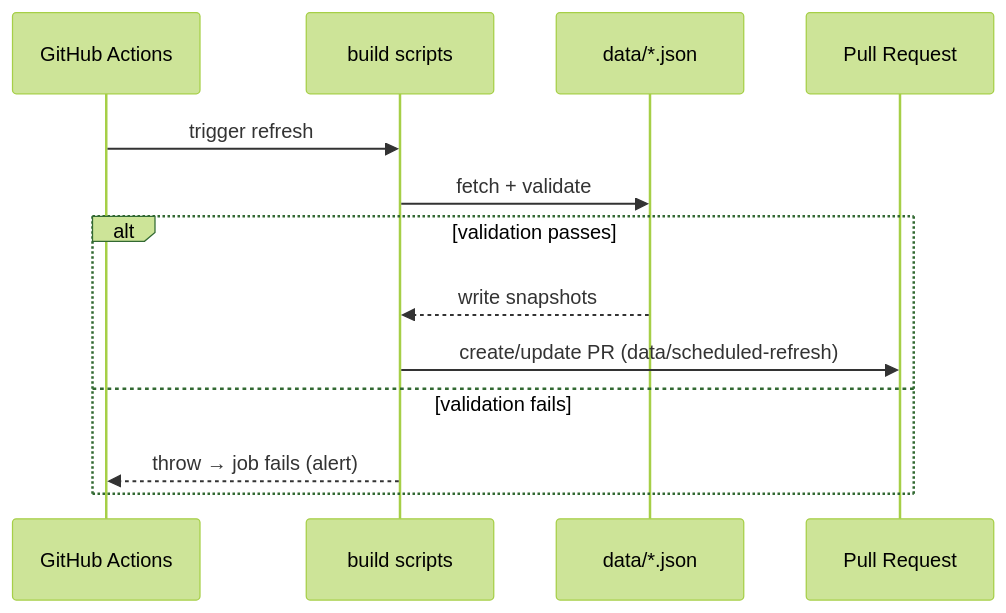
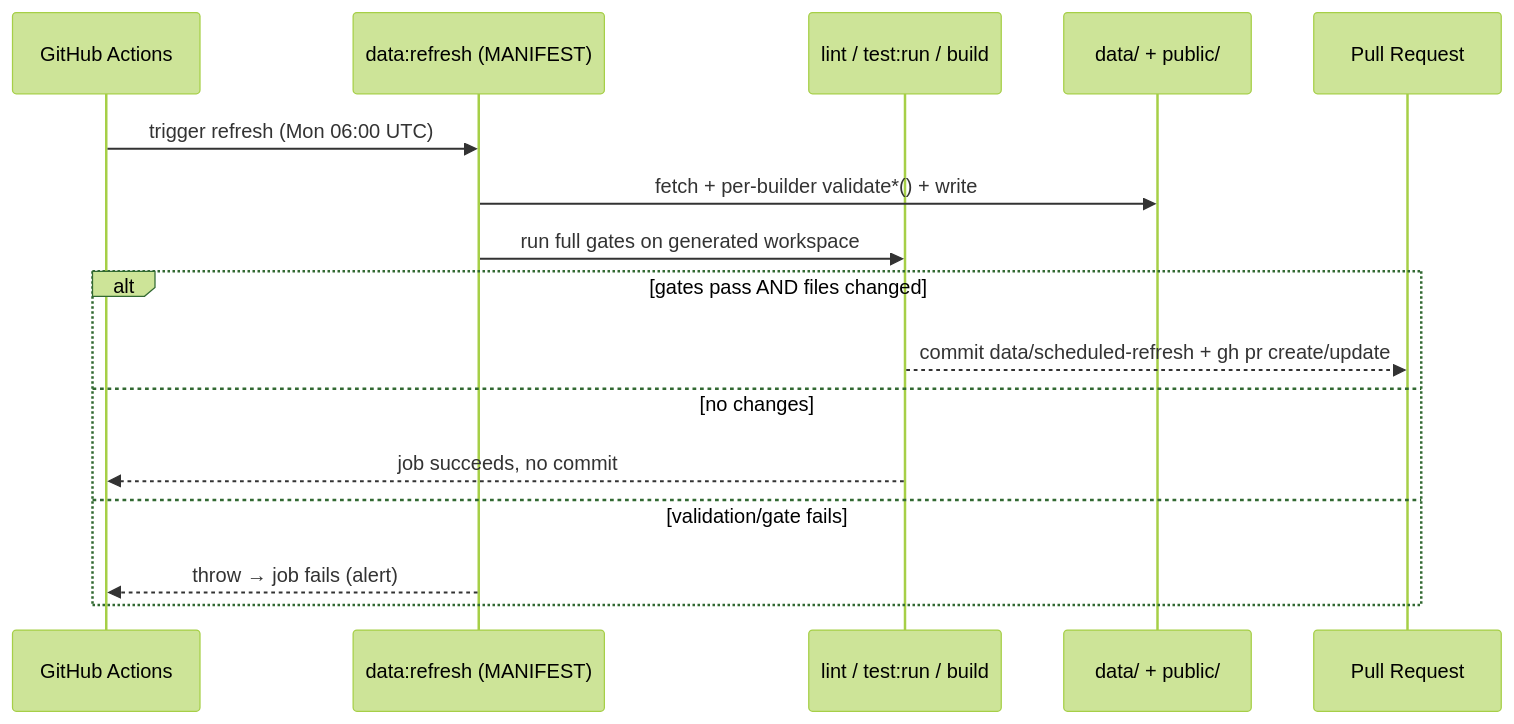
Before and after one commit to vibewatch/FutureGrid: the third of 3 diagrams in docs/platform.md, drawn with Mermaid (forest theme). The commit also changed other lines of this file and 14 other files, not shown here.

````diff
--- a/docs/platform.md
+++ b/docs/platform.md
@@ -184,16 +194,19 @@
 ```mermaid
 sequenceDiagram
     participant GH as GitHub Actions
-    participant SCRIPTS as build scripts
-    participant DATA as data/*.json
+    participant SCRIPTS as data:refresh (MANIFEST)
+    participant GATES as lint / test:run / build
+    participant DATA as data/ + public/
     participant PR as Pull Request
 
-    GH->>SCRIPTS: trigger refresh
-    SCRIPTS->>DATA: fetch + validate
-    alt validation passes
-        DATA-->>SCRIPTS: write snapshots
-        SCRIPTS->>PR: create/update PR (data/scheduled-refresh)
-    else validation fails
+    GH->>SCRIPTS: trigger refresh (Mon 06:00 UTC)
+    SCRIPTS->>DATA: fetch + per-builder validate*() + write
+    SCRIPTS->>GATES: run full gates on generated workspace
+    alt gates pass AND files changed
+        GATES-->>PR: commit data/scheduled-refresh + gh pr create/update
+    else no changes
+        GATES-->>GH: job succeeds, no commit
+    else validation/gate fails
         SCRIPTS-->>GH: throw → job fails (alert)
     end
 ```
````
